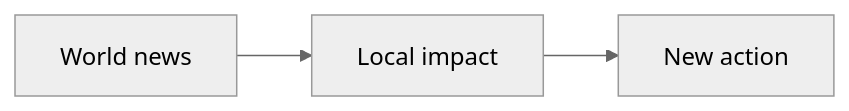
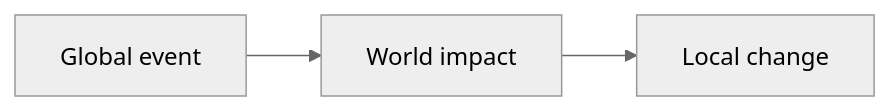
One commit to lekhasaravanakumar/current-events-practice changed the diagram in global-event.md. Above: the diagram before and after it, drawn with Mermaid (neutral theme). The commit also changed other lines of this file and 2 other files, not shown here.

````diff
--- a/global-event.md
+++ b/global-event.md
@@ -13,4 +15,4 @@
 ```mermaid
 flowchart LR
-A[World news] --> B[Local impact] --> C[New action]
+A[Global event] --> B[World impact] --> C[Local change]
 ```
````
